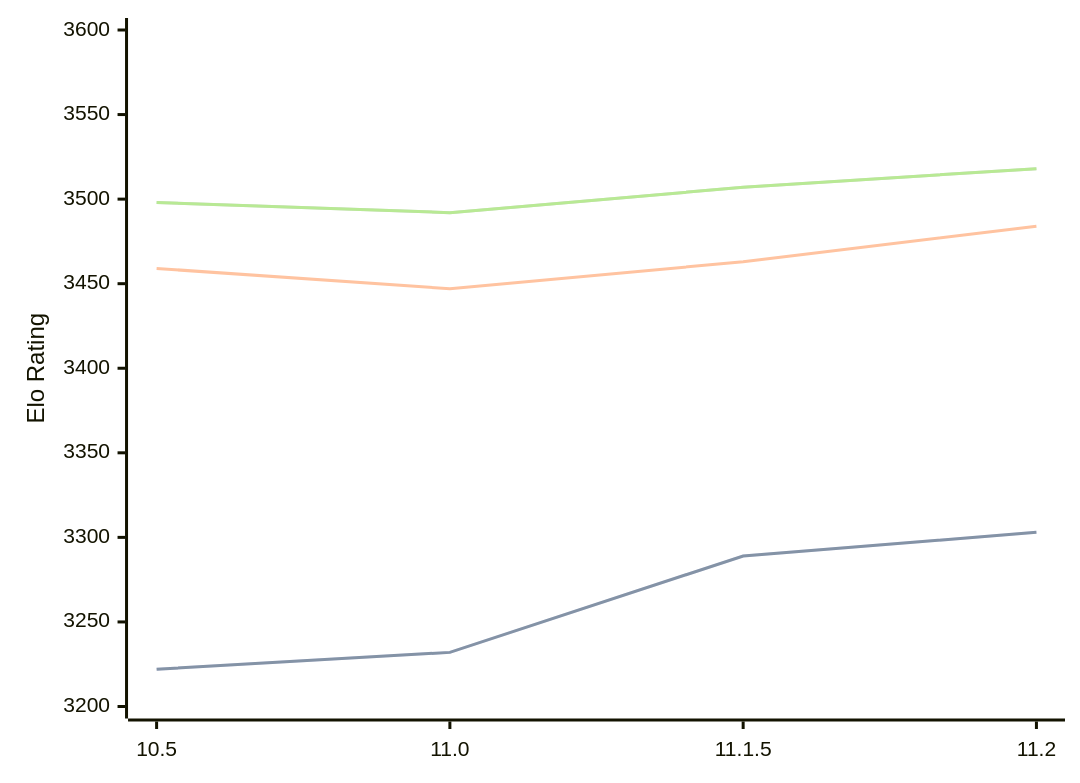
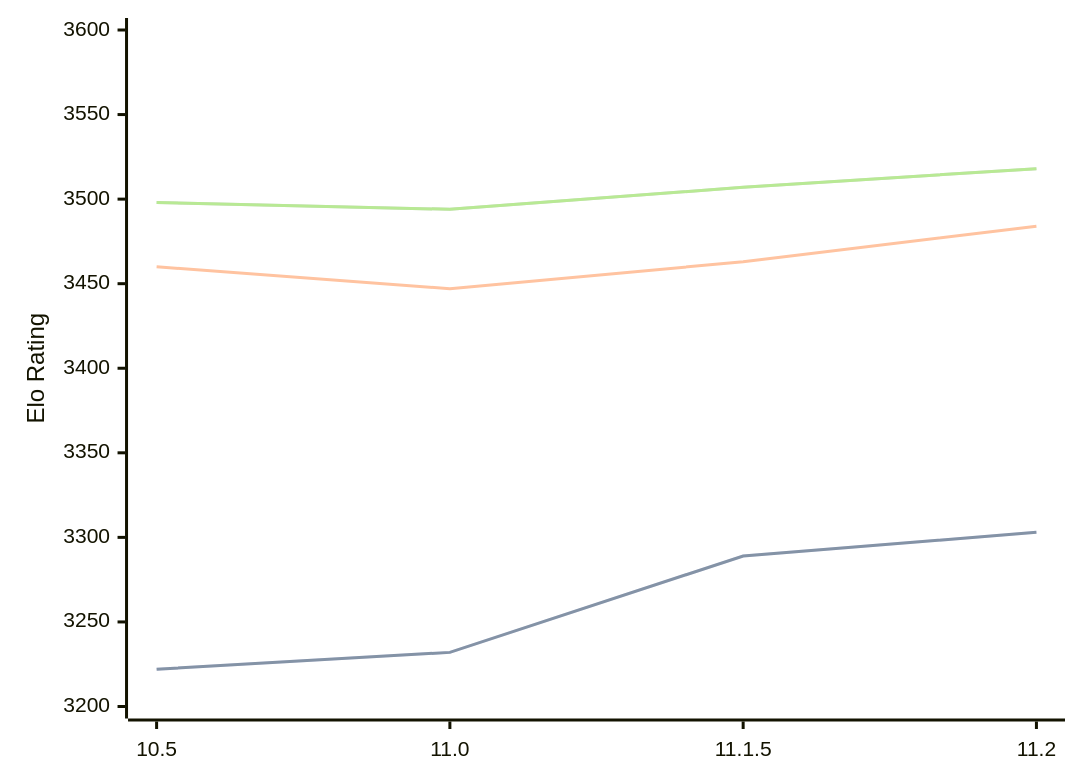
Before and after one commit to computer-chess-index/cci: the diagram in engines/Lizard.md, drawn with Mermaid. The commit also changed other lines of this file, not shown here.

Commit message:
Update CCI Ratings (ELO VLTC) - 2026-08-31

````diff
--- a/engines/Lizard.md
+++ b/engines/Lizard.md
@@ -34,11 +34,11 @@
 ```mermaid
 %%{init: {"theme":"base","themeVariables":{"seriesColors:['#a3a3a3','#222221','#faa371']}}}%%
 xychart-beta
   x-axis ["10.5", "11.0", "11.1.5", "11.2"]
   y-axis "Elo Rating" 3200 --> 3600
   line "" [3222, 3232, 3289, 3303]
   line "STC (8.0+0.08s)" [3222, 3232, 3289, 3303]
-  line "LTC (60.0+0.60s)" [3459, 3447, 3463, 3484]
-  line "" [3498, 3492, 3507, 3518]
-  line "VLTC (2m24s+1.12s)" [3498, 3492, 3507, 3518]
+  line "LTC (60.0+0.60s)" [3460, 3447, 3463, 3484]
+  line "" [3498, 3494, 3507, 3518]
+  line "VLTC (2m24s+1.12s)" [3498, 3494, 3507, 3518]
 ```
````
